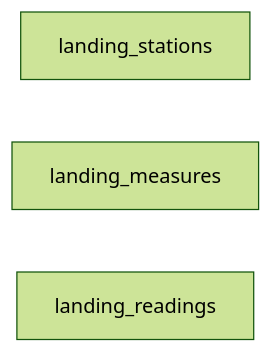
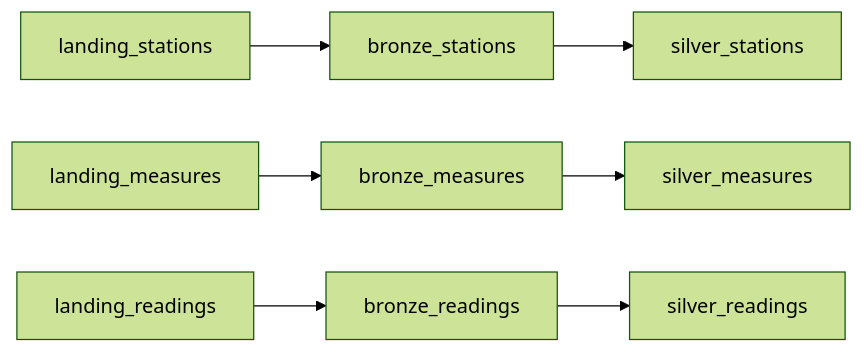
The diagram in README.md (Fury0508/flood-monitoring-pipeline), drawn with Mermaid (forest theme) before and after one commit. The commit also changed other lines of this file and 1 other file, not shown here.

Commit message:
silver cleaning

````diff
--- a/README.md
+++ b/README.md
@@ -36,6 +37,6 @@
 ```mermaid
 flowchart LR
-    landing_stations[landing_stations]
-    landing_measures[landing_measures]
-    landing_readings[landing_readings]
+    ls[landing_stations] --> bs[bronze_stations] --> ss[silver_stations]
+    lm[landing_measures] --> bm[bronze_measures] --> sm[silver_measures]
+    lr[landing_readings] --> br[bronze_readings] --> sr[silver_readings]
 ```
````
